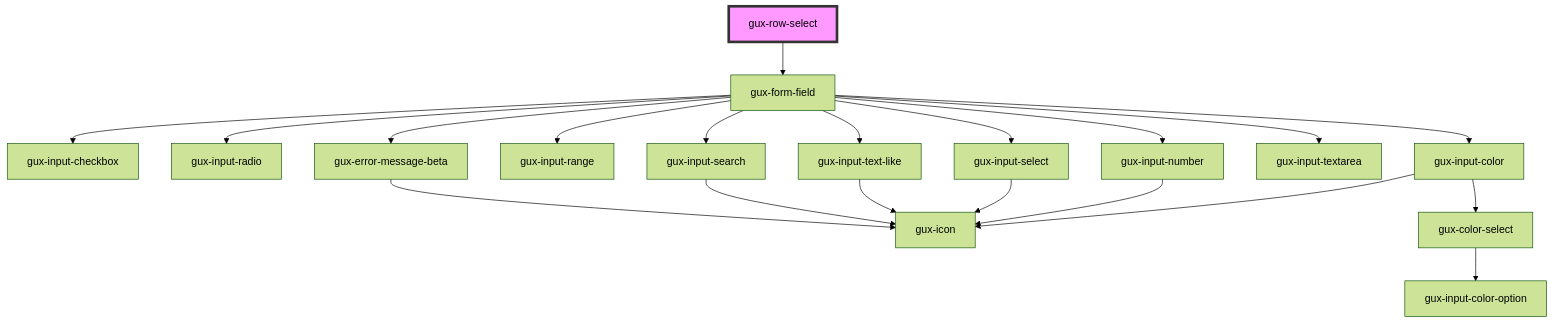
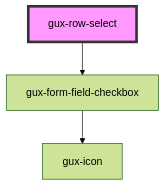
Before and after one commit to MyPureCloud/genesys-spark: the diagram in src/components/beta/gux-table/gux-row-select/readme.md, drawn with Mermaid (forest theme). The commit also changed other lines of this file and 382 other files, not shown here.

First line of the commit message:
feat(gux-form-field): moved gux-form-field to legacy

````diff
--- a/src/components/beta/gux-table/gux-row-select/readme.md
+++ b/src/components/beta/gux-table/gux-row-select/readme.md
@@ -29,23 +29,6 @@
 ```mermaid
 graph TD;
-  gux-row-select --> gux-form-field
-  gux-form-field --> gux-input-checkbox
-  gux-form-field --> gux-input-radio
-  gux-form-field --> gux-input-color
-  gux-form-field --> gux-input-range
-  gux-form-field --> gux-input-number
-  gux-form-field --> gux-input-select
-  gux-form-field --> gux-input-text-like
-  gux-form-field --> gux-input-search
-  gux-form-field --> gux-input-textarea
-  gux-form-field --> gux-error-message-beta
-  gux-input-color --> gux-icon
-  gux-input-color --> gux-color-select
-  gux-color-select --> gux-input-color-option
-  gux-input-number --> gux-icon
-  gux-input-select --> gux-icon
-  gux-input-text-like --> gux-icon
-  gux-input-search --> gux-icon
-  gux-error-message-beta --> gux-icon
+  gux-row-select --> gux-form-field-checkbox
+  gux-form-field-checkbox --> gux-icon
   style gux-row-select fill:#f9f,stroke:#333,stroke-width:4px
 ```
````
